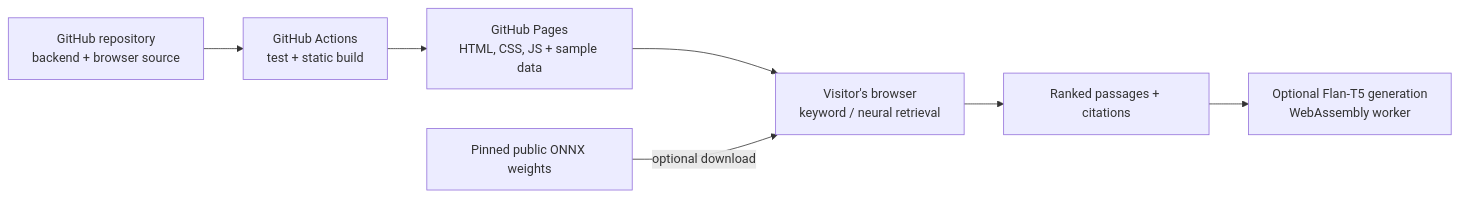
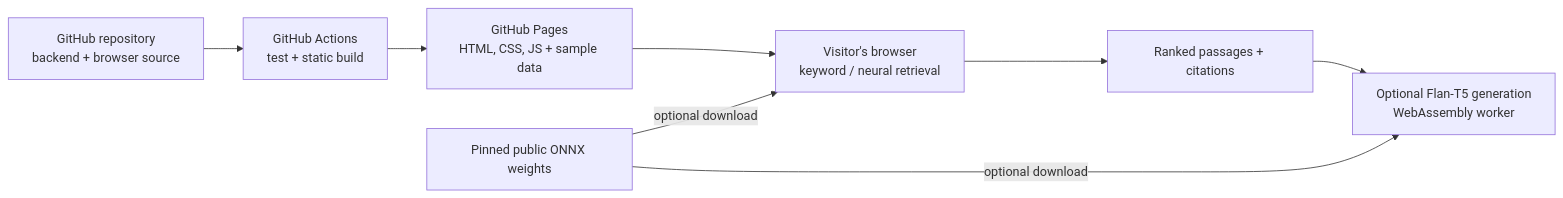
The first of 2 diagrams in docs/architecture.md (Sashankpotluru/RAGForge), drawn with Mermaid before and after one commit. The commit also changed other lines of this file and 5 other files, not shown here.

Commit message:
Update architecture diagram for GitHub Pages and browser inference

````diff
--- a/docs/architecture.md
+++ b/docs/architecture.md
@@ -23,9 +18,10 @@
 ```mermaid
 flowchart LR
     repo["GitHub repository<br/>backend + browser source"] --> ci["GitHub Actions<br/>test + static build"]
     ci --> pages["GitHub Pages<br/>HTML, CSS, JS + sample data"]
     pages --> browser["Visitor's browser<br/>keyword / neural retrieval"]
     models["Pinned public ONNX weights"] -->|optional download| browser
     browser --> evidence["Ranked passages + citations"]
     evidence --> model["Optional Flan-T5 generation<br/>WebAssembly worker"]
+    models -->|optional download| model
 ```
````
